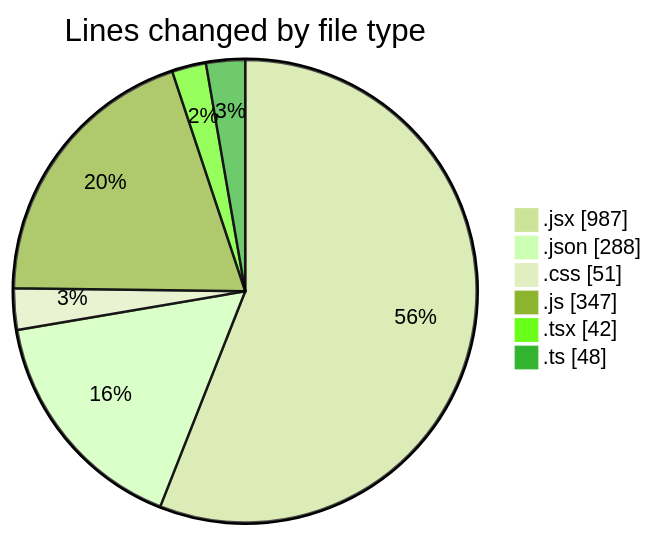
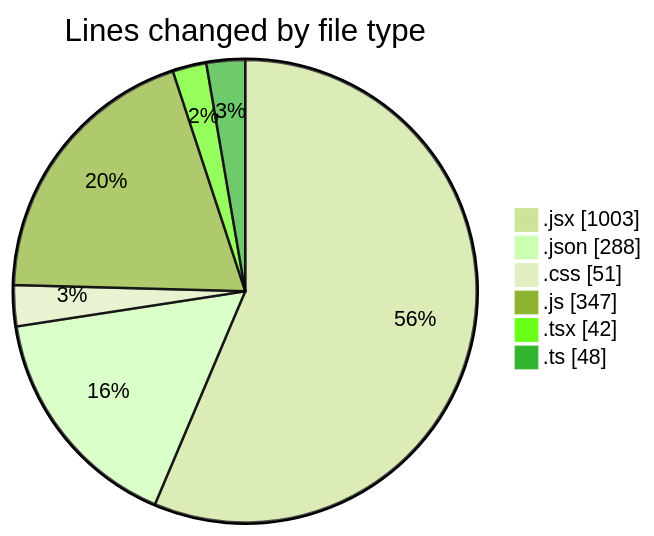
The first of 2 diagrams in 2026-03-19/commonwealth-front-end-task/README.md (momahboobian/code-tracking), drawn with Mermaid (forest theme) before and after one commit. The commit also changed other lines of this file and 1 other file, not shown here.

````diff
--- a/2026-03-19/commonwealth-front-end-task/README.md
+++ b/2026-03-19/commonwealth-front-end-task/README.md
@@ -39,10 +39,10 @@
 ```mermaid
 pie showData
 title Lines changed by file type
-".jsx" : 987
+".jsx" : 1003
 ".json" : 288
 ".css" : 51
 ".js" : 347
 ".tsx" : 42
 ".ts" : 48
 ```
````
